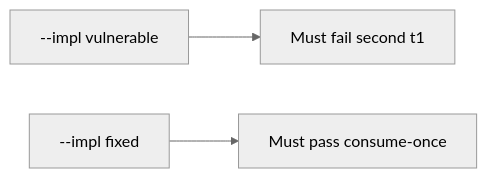
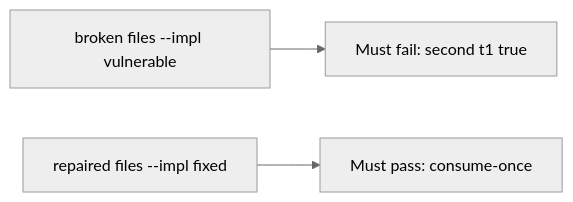
One commit to ishitvagoel/LearnSecurity changed the diagram in content/modules/6/6.6/lessons/05-verify.md. Above: the diagram before and after it, drawn with Mermaid (neutral theme). The commit also changed other lines of this file and 55 other files, not shown here.

````diff
--- a/content/modules/6/6.6/lessons/05-verify.md
+++ b/content/modules/6/6.6/lessons/05-verify.md
@@ -15,5 +14,5 @@
 ```mermaid
 flowchart LR
-  V["--impl vulnerable"] --> F["Must fail second t1"]
-  X["--impl fixed"] --> P["Must pass consume-once"]
+  V["broken files --impl vulnerable"] --> F["Must fail: second t1 true"]
+  X["repaired files --impl fixed"] --> P["Must pass: consume-once"]
 ```
````
